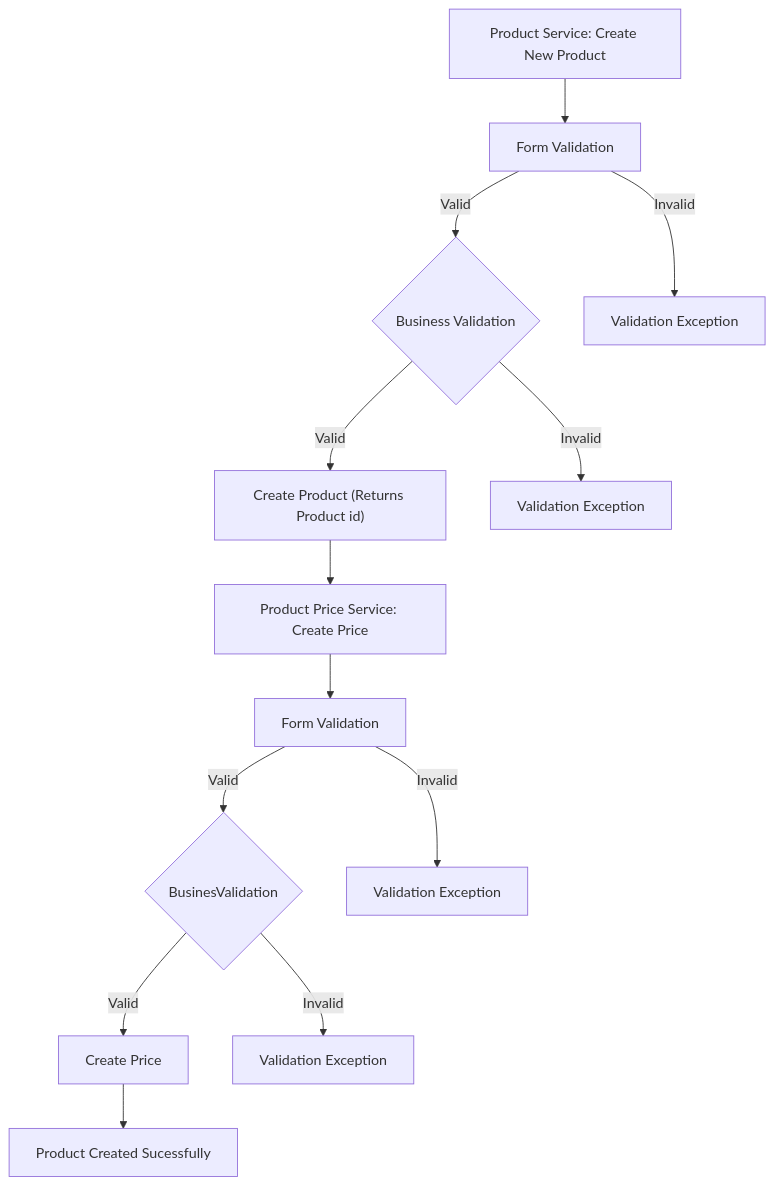
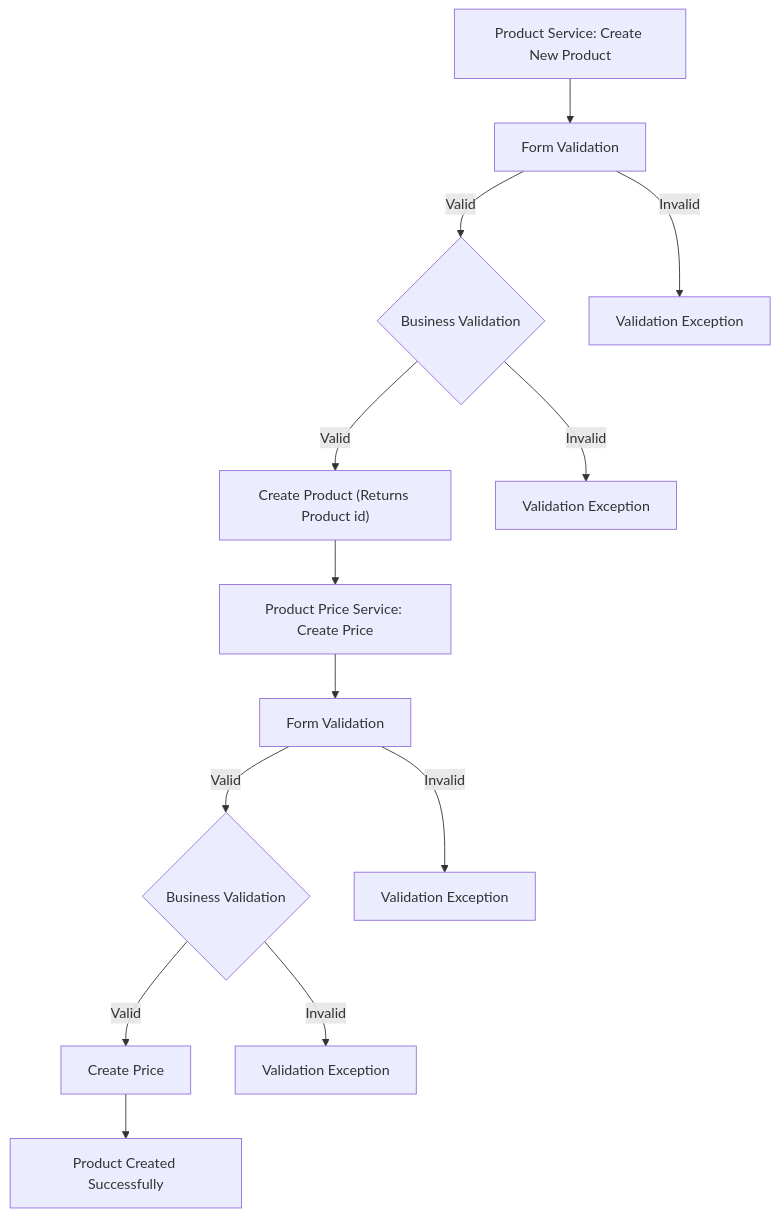
One commit to fssa-batch3/sec_b_inbalokesh.esakkipandi__corejava_project_2 changed the fourth of 9 diagrams in README.md. Above: the diagram before and after it, drawn with Mermaid. The commit also changed other lines of this file, not shown here.

````diff
--- a/README.md
+++ b/README.md
@@ -189,15 +189,15 @@
 ```mermaid
 graph TD;
   A["Product Service: Create New Product"] --> 
   B["Form Validation"] -- Valid--> C{Business Validation}
   B -- Invalid --> G[Validation Exception]
   C -- Valid --> D["Create Product (Returns Product id)"]
   C -- Invalid --> F[Validation Exception]
   D --> E[Product Price Service: Create Price]
-  E --> H[Form Validation] -- Valid --> I{BusinesValidation}
+  E --> H[Form Validation] -- Valid --> I{Business Validation}
   H -- Invalid --> J[Validation Exception]
   I -- Valid --> K[Create Price]
   I -- Invalid --> L[Validation Exception]
-  K --> M[Product Created Sucessfully]
+  K --> M[Product Created Successfully]
   
 ```
````
